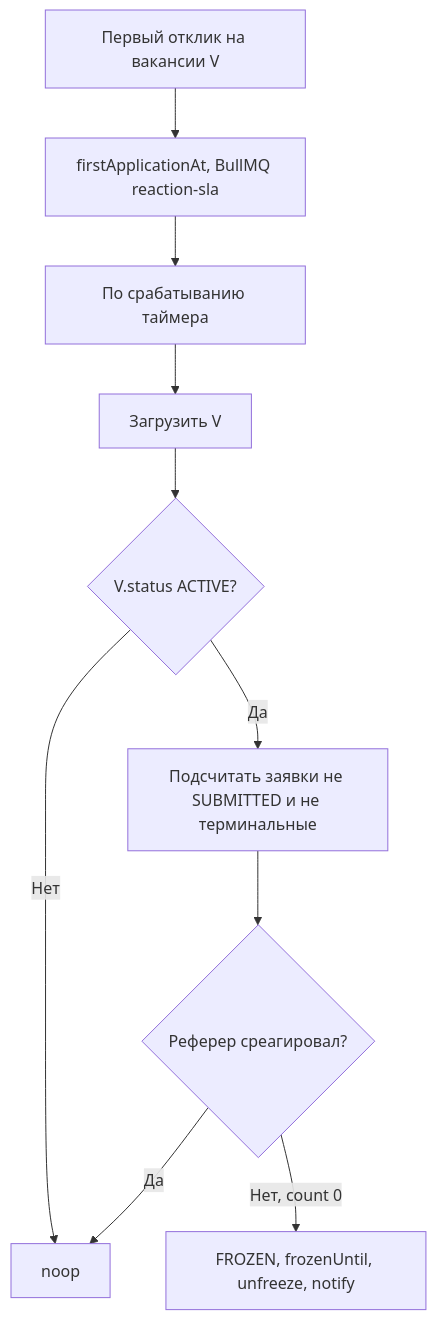
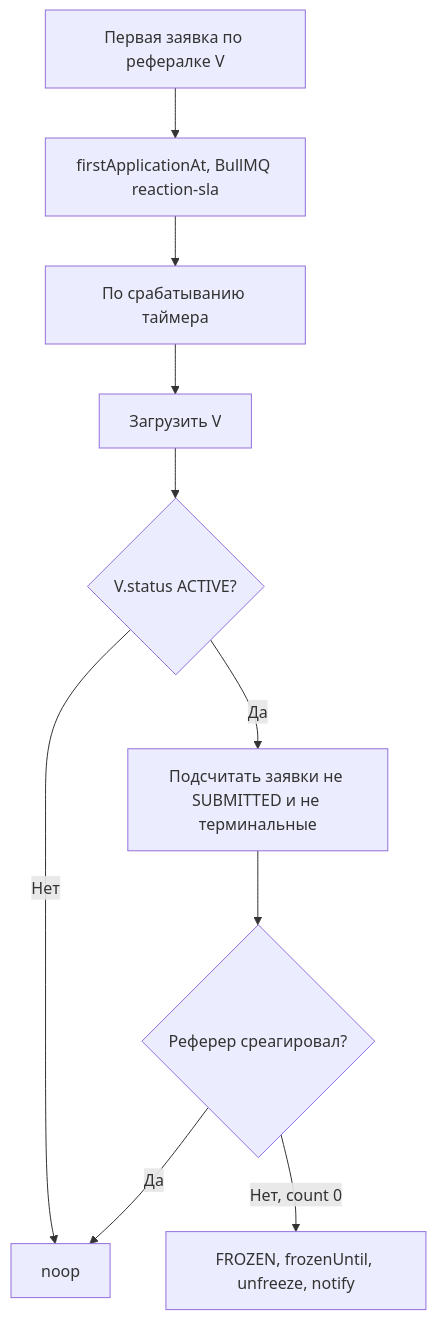
One commit to Ernest0-Production/Referi changed the first of 3 diagrams in spec/spec-process-referrer-sla.md. Above: the diagram before and after it, drawn with Mermaid. The commit also changed other lines of this file and 23 other files, not shown here.

````diff
--- a/spec/spec-process-referrer-sla.md
+++ b/spec/spec-process-referrer-sla.md
@@ -108,12 +108,12 @@
 ```mermaid
 flowchart TB
-  e1[Первый отклик на вакансии V] --> a1[firstApplicationAt, BullMQ reaction-sla]
+  e1[Первая заявка по рефералке V] --> a1[firstApplicationAt, BullMQ reaction-sla]
   a1 --> t1[По срабатыванию таймера]
   t1 --> l[Загрузить V]
   l --> c1{V.status ACTIVE?}
   c1 -->|Нет| n1[noop]
   c1 -->|Да| cnt[Подсчитать заявки не SUBMITTED и не терминальные]
   cnt --> c2{Реферер среагировал?}
   c2 -->|Да| n1[noop]
   c2 -->|Нет, count 0| fz[FROZEN, frozenUntil, unfreeze, notify]
 ```
````
